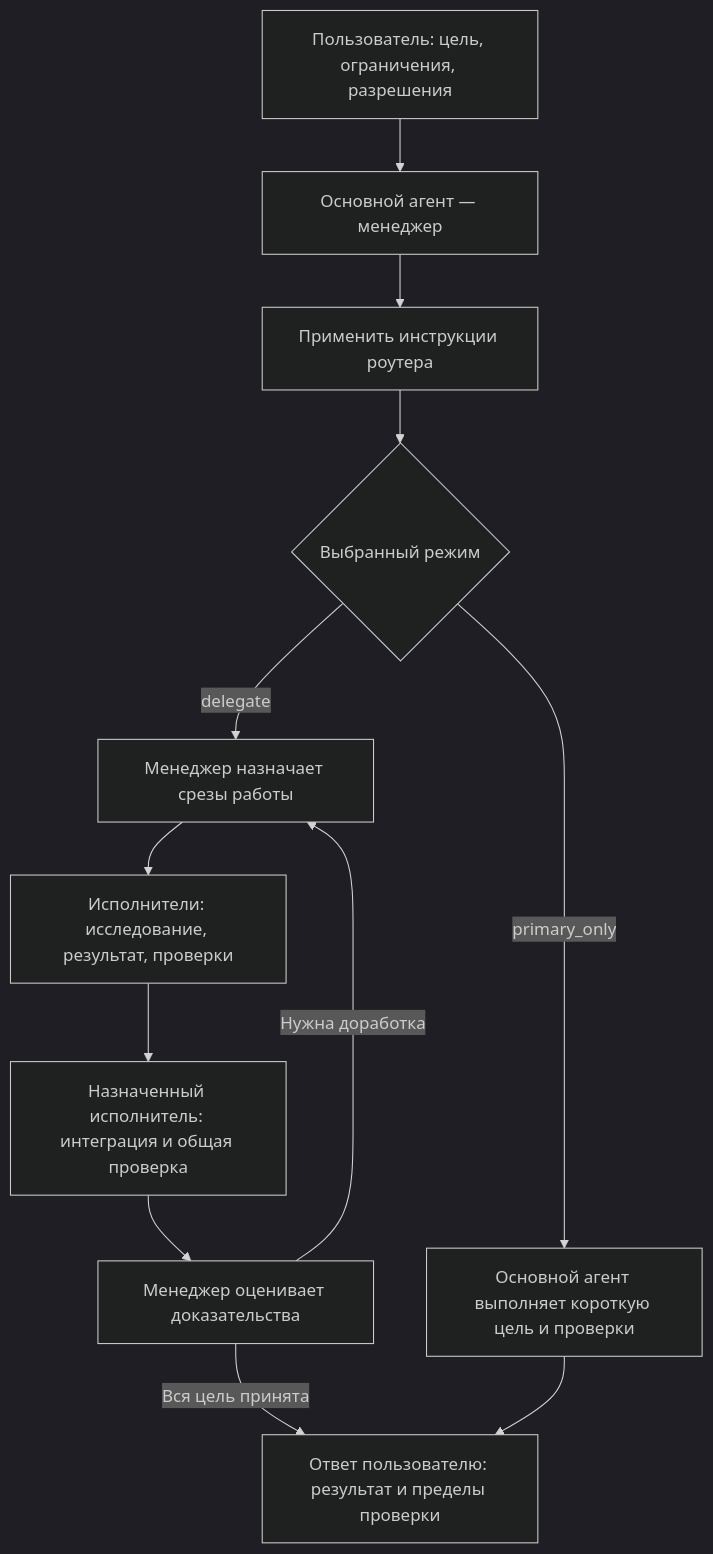
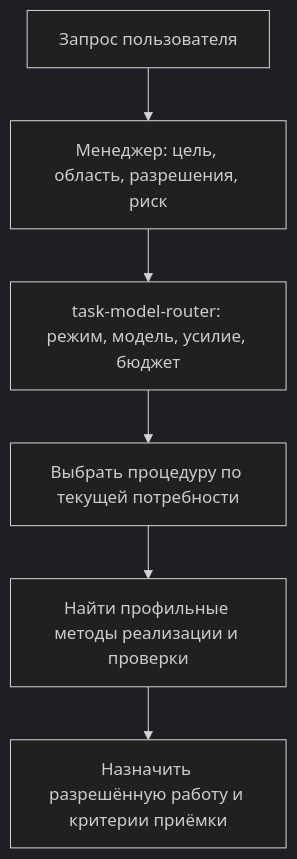
Before and after one commit to Rattlhead/codex-agent-skills: the first of 5 diagrams in docs/subagent-manager-visual-guide.md, drawn with Mermaid (dark theme). The commit also changed other lines of this file and 1 other file, not shown here.

Commit message:
Update orchestrator visual guide with routed audit and publication flows

````diff
--- a/docs/subagent-manager-visual-guide.md
+++ b/docs/subagent-manager-visual-guide.md
@@ -11,14 +13,8 @@
 ```mermaid
 flowchart TD
-    U["Пользователь: цель, ограничения, разрешения"] --> M["Основной агент — менеджер"]
-    M --> R["Применить инструкции роутера"]
-    R --> Q{"Выбранный режим"}
-    Q -->|delegate| A["Менеджер назначает срезы работы"]
-    A --> W["Исполнители: исследование, результат, проверки"]
-    W --> I["Назначенный исполнитель: интеграция и общая проверка"]
-    I --> E["Менеджер оценивает доказательства"]
-    E -->|Нужна доработка| A
-    E -->|Вся цель принята| F["Ответ пользователю: результат и пределы проверки"]
-    Q -->|primary_only| P["Основной агент выполняет короткую цель и проверки"]
-    P --> F
+    U["Запрос пользователя"] --> M["Менеджер: цель, область, разрешения, риск"]
+    M --> R["task-model-router: режим, модель, усилие, бюджет"]
+    R --> S["Выбрать процедуру по текущей потребности"]
+    S --> D["Найти профильные методы реализации и проверки"]
+    D --> A["Назначить разрешённую работу и критерии приёмки"]
 ```
````
